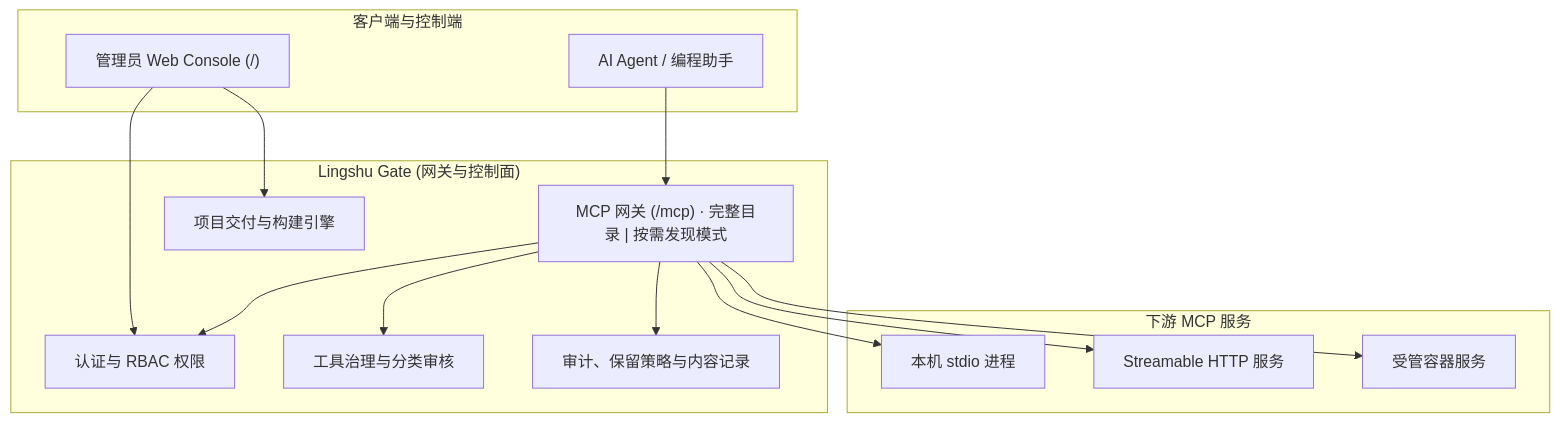
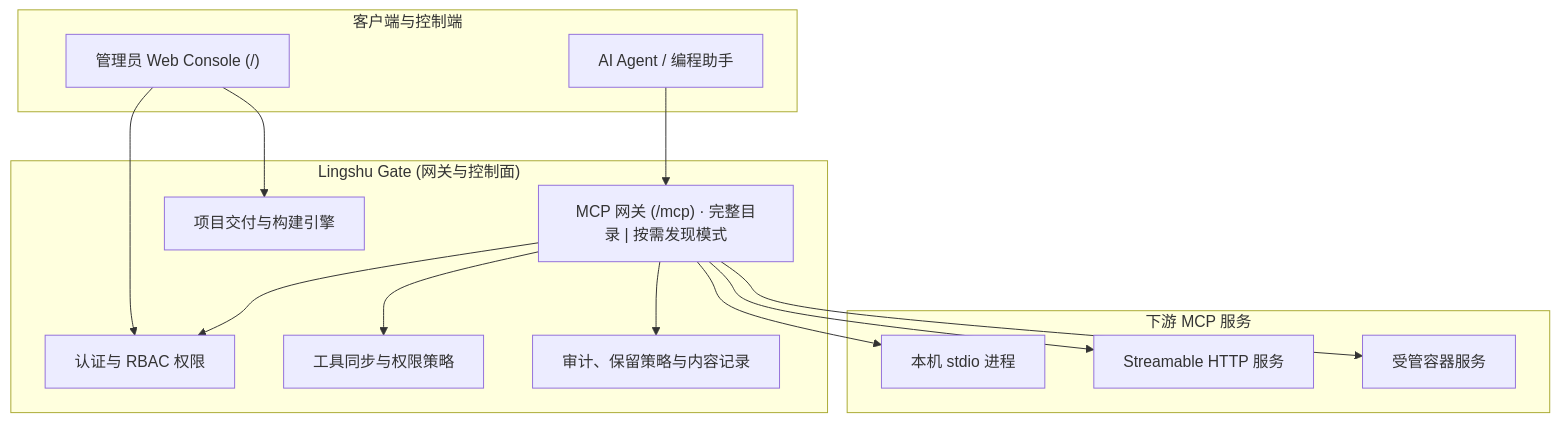
Before and after one commit to zhigege666/Lingshu-Gate: the diagram in README.zh-CN.md, drawn with Mermaid. The commit also changed other lines of this file and 258 other files, not shown here.

````diff
--- a/README.zh-CN.md
+++ b/README.zh-CN.md
@@ -78,31 +78,31 @@
 ```mermaid
 flowchart TB
     subgraph Clients["客户端与控制端"]
         AI["AI Agent / 编程助手"]
         Console["管理员 Web Console (/)"]
     end
 
     subgraph Gate["Lingshu Gate (网关与控制面)"]
         Gateway["MCP 网关 (/mcp) · 完整目录 | 按需发现模式"]
         Auth["认证与 RBAC 权限"]
-        Governance["工具治理与分类审核"]
+        Governance["工具同步与权限策略"]
         Delivery["项目交付与构建引擎"]
         Audit["审计、保留策略与内容记录"]
     end
 
     subgraph Downstream["下游 MCP 服务"]
         Stdio["本机 stdio 进程"]
         HTTP["Streamable HTTP 服务"]
         Container["受管容器服务"]
     end
 
     AI --> Gateway
     Console --> Auth
     Console --> Delivery
     Gateway --> Auth
     Gateway --> Governance
     Gateway --> Audit
     Gateway --> Stdio
     Gateway --> HTTP
     Gateway --> Container
 ```
````
